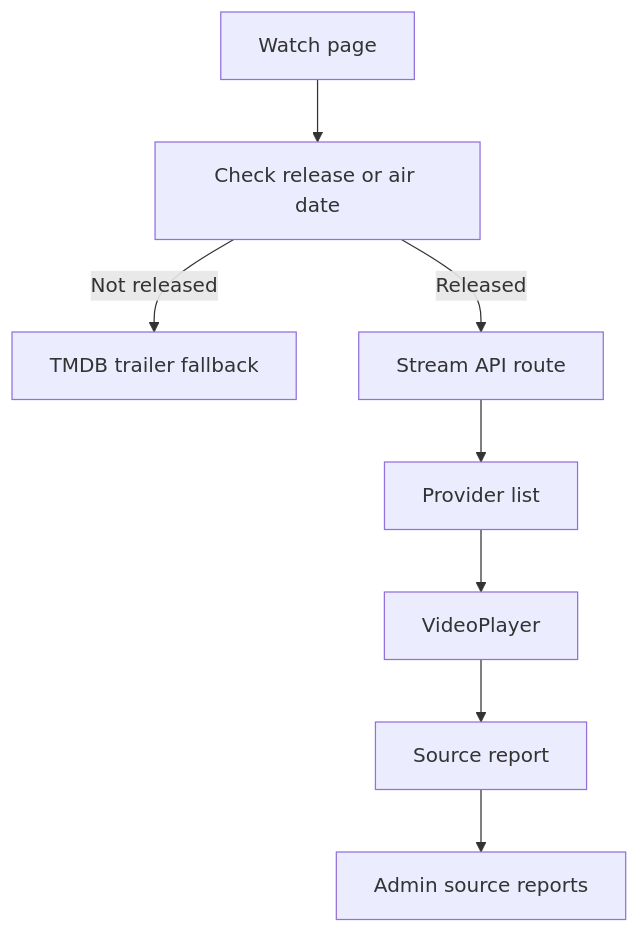
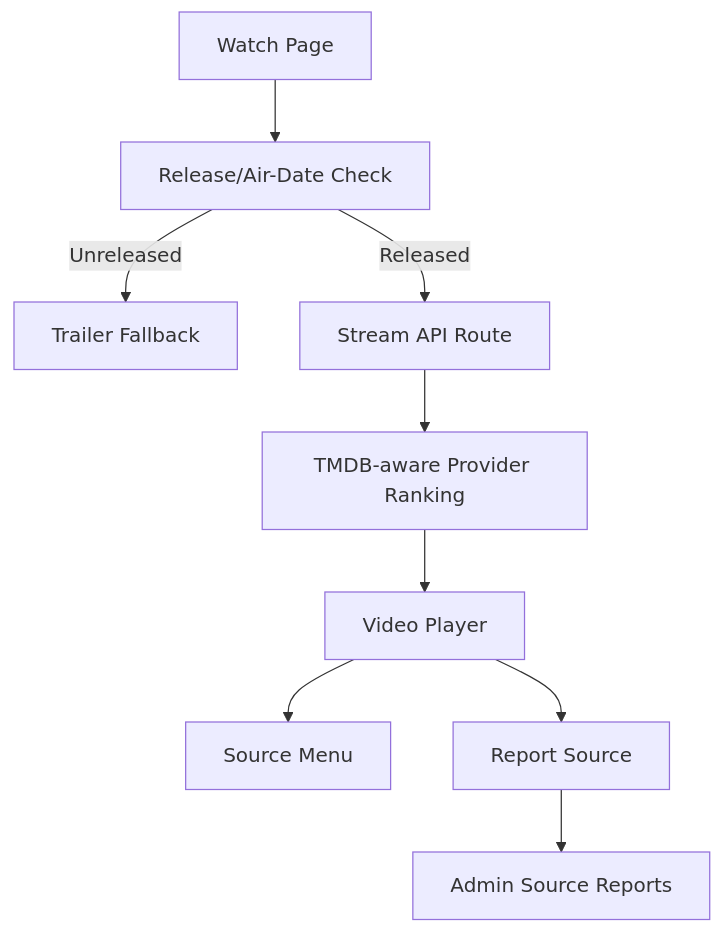
The third of 6 diagrams in doc/architecture.md (KemVani3110/CineHub), drawn with Mermaid before and after one commit. The commit also changed other lines of this file and 6 other files, not shown here.

````diff
--- a/doc/architecture.md
+++ b/doc/architecture.md
@@ -95,19 +108,21 @@
 ```mermaid
 flowchart TD
-  Page["Watch page"]
-  ReleaseCheck["Check release or air date"]
-  Trailer["TMDB trailer fallback"]
-  StreamAPI["Stream API route"]
-  Providers["Provider list"]
-  Player["VideoPlayer"]
-  Report["Source report"]
-  Admin["Admin source reports"]
+  WatchPage["Watch Page"]
+  ReleaseCheck["Release/Air-Date Check"]
+  TrailerFallback["Trailer Fallback"]
+  StreamRoute["Stream API Route"]
+  ProviderRank["TMDB-aware Provider Ranking"]
+  VideoPlayer["Video Player"]
+  SourceMenu["Source Menu"]
+  ReportFlow["Report Source"]
+  AdminReview["Admin Source Reports"]
 
-  Page --> ReleaseCheck
-  ReleaseCheck -->|Not released| Trailer
-  ReleaseCheck -->|Released| StreamAPI
-  StreamAPI --> Providers
-  Providers --> Player
-  Player --> Report
-  Report --> Admin
+  WatchPage --> ReleaseCheck
+  ReleaseCheck -->|Unreleased| TrailerFallback
+  ReleaseCheck -->|Released| StreamRoute
+  StreamRoute --> ProviderRank
+  ProviderRank --> VideoPlayer
+  VideoPlayer --> SourceMenu
+  VideoPlayer --> ReportFlow
+  ReportFlow --> AdminReview
 ```
````
